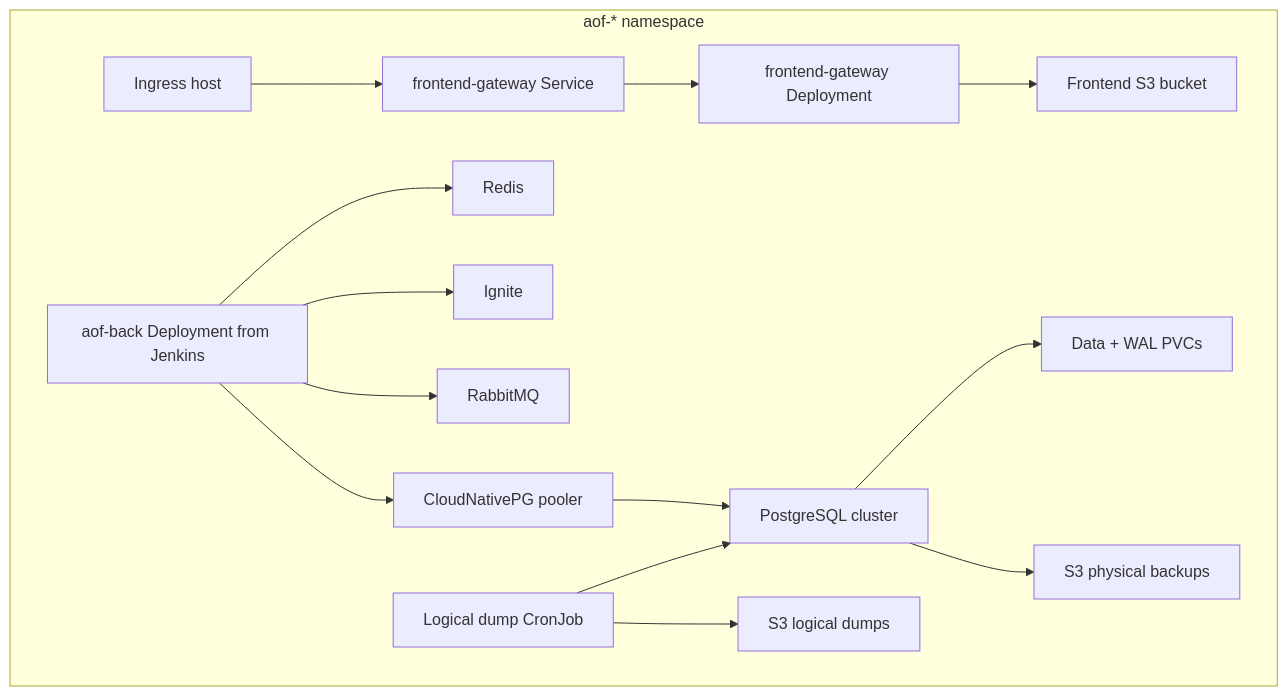
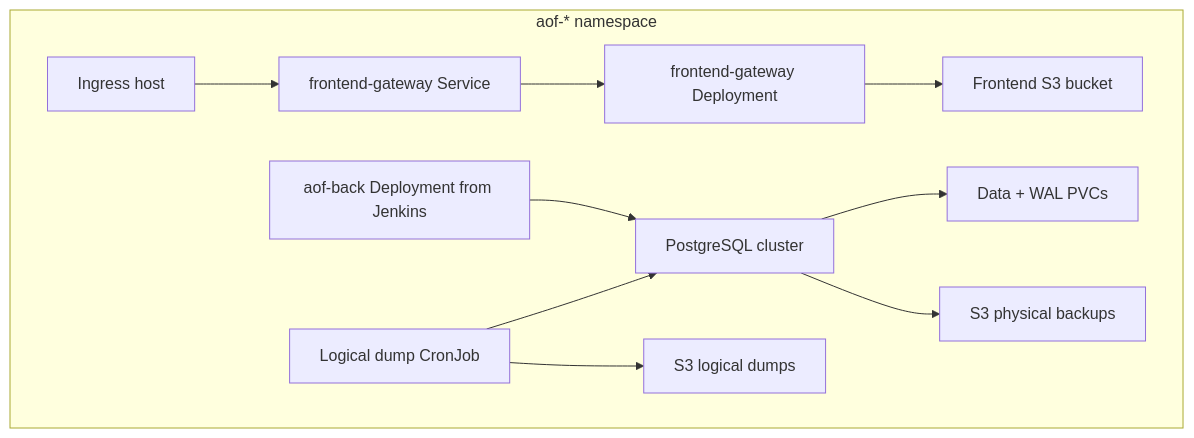
One commit to akuzmin90/aof-infra changed the third of 6 diagrams in k8s/selectel/README.md. Above: the diagram before and after it, drawn with Mermaid. The commit also changed other lines of this file and 22 other files, not shown here.

````diff
--- a/k8s/selectel/README.md
+++ b/k8s/selectel/README.md
@@ -156,18 +153,14 @@
 ```mermaid
 flowchart TB
   subgraph env[aof-* namespace]
     ingress[Ingress host] --> frontendSvc[frontend-gateway Service]
     frontendSvc --> frontend[frontend-gateway Deployment]
     frontend --> frontendS3[Frontend S3 bucket]
 
-    backend[aof-back Deployment from Jenkins] --> redis[Redis]
-    backend --> ignite[Ignite]
-    backend --> rabbit[RabbitMQ]
-    backend --> pgPool[CloudNativePG pooler]
-    pgPool --> pg[PostgreSQL cluster]
+    backend[aof-back Deployment from Jenkins] --> pg[PostgreSQL cluster]
     pg --> pgPVC[Data + WAL PVCs]
     pg --> pgBackups[S3 physical backups]
     pgDump[Logical dump CronJob] --> pg
     pgDump --> dumpS3[S3 logical dumps]
   end
 ```
````
